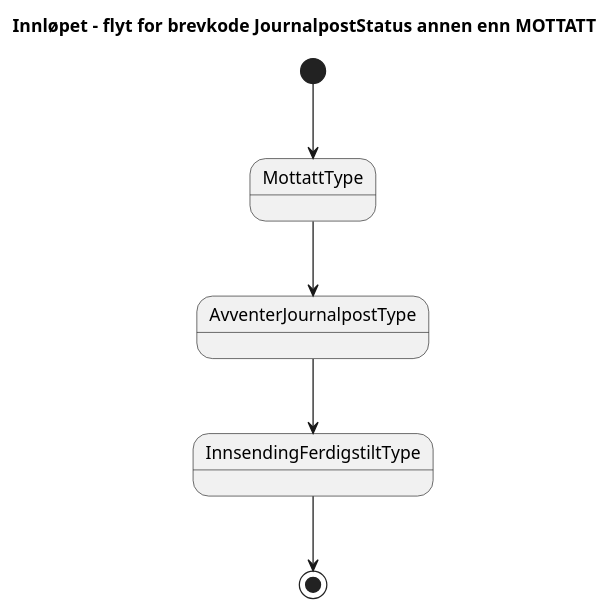
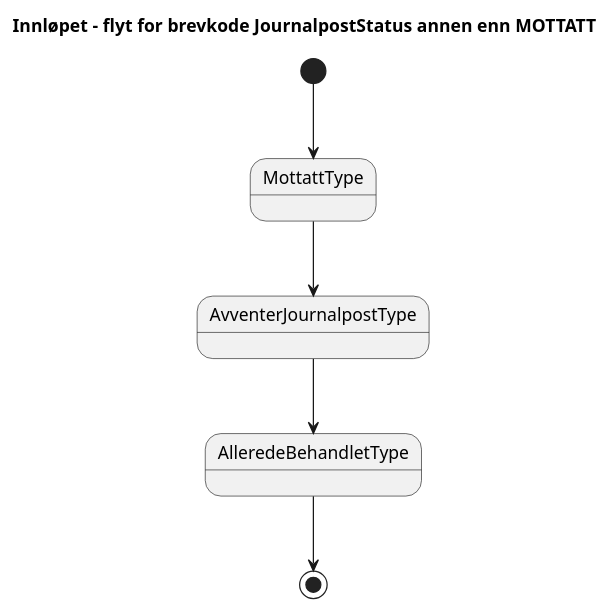
The diagram in docs/arkitektur/tilstander/JournalpostStatus annen enn MOTTATT.approved.puml (navikt/dp-mottak), drawn with PlantUML before and after one commit. The commit also changed 10 other files, not shown here.

First line of the commit message:
La journalposter som allerede er behandlet (allerede journalført) gå til tilstand "allerede behandlet"

```diff
--- a/docs/arkitektur/tilstander/JournalpostStatus annen enn MOTTATT.approved.puml
+++ b/docs/arkitektur/tilstander/JournalpostStatus annen enn MOTTATT.approved.puml
@@ -1,9 +1,9 @@
 @startuml
 title 
 Innløpet – flyt for brevkode JournalpostStatus annen enn MOTTATT
 end title           
 [*]-->MottattType 
 MottattType --> AvventerJournalpostType
-AvventerJournalpostType --> InnsendingFerdigstiltType
-InnsendingFerdigstiltType--> [*]
+AvventerJournalpostType --> AlleredeBehandletType
+AlleredeBehandletType--> [*]
 @enduml
```
